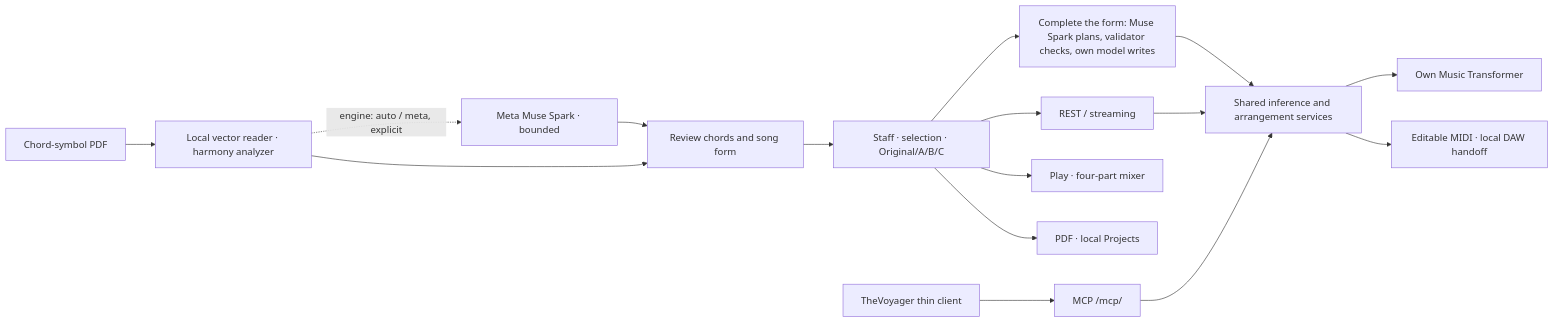
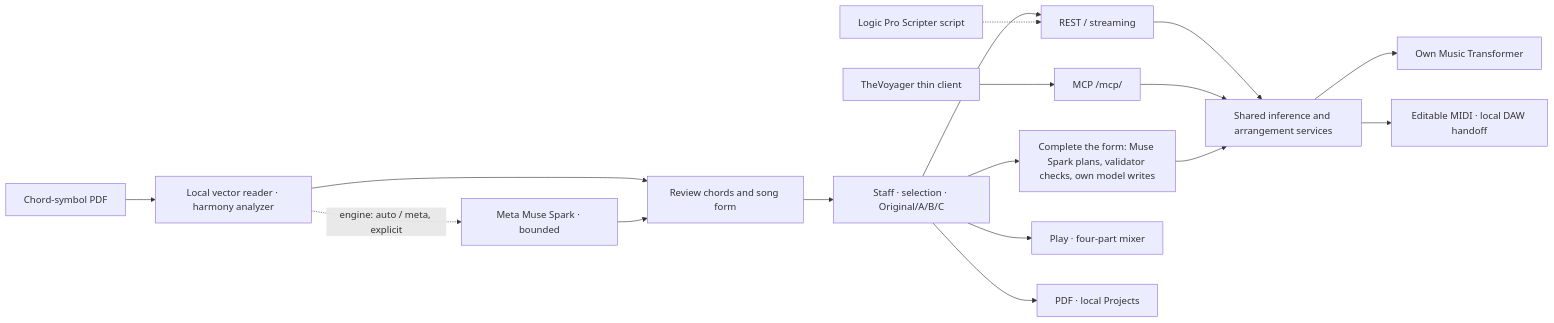
Before and after one commit to PearlLeeStudio/TheArtist-DAW: the first of 4 diagrams in README.md, drawn with Mermaid. The commit also changed other lines of this file and 4 other files, not shown here.

````diff
--- a/README.md
+++ b/README.md
@@ -232,18 +235,19 @@
 ```mermaid
 flowchart LR
   Score["Chord-symbol PDF"] --> Local["Local vector reader · harmony analyzer"]
   Local -. "engine: auto / meta, explicit" .-> Meta["Meta Muse Spark · bounded"]
   Local --> Review["Review chords and song form"]
   Meta --> Review
   Review --> Editor["Staff · selection · Original/A/B/C"]
   Editor --> Planner["Complete the form: Muse Spark plans, validator checks, own model writes"]
   Editor --> Rest["REST / streaming"]
   Voyager["TheVoyager thin client"] --> MCP["MCP /mcp/"]
+  Scripter["Logic Pro Scripter script"] -.-> Rest
   Rest --> Music["Shared inference and arrangement services"]
   MCP --> Music
   Planner --> Music
   Music --> MT["Own Music Transformer"]
   Music --> MIDI["Editable MIDI · local DAW handoff"]
   Editor --> Play["Play · four-part mixer"]
   Editor --> Files["PDF · local Projects"]
 ```
````
